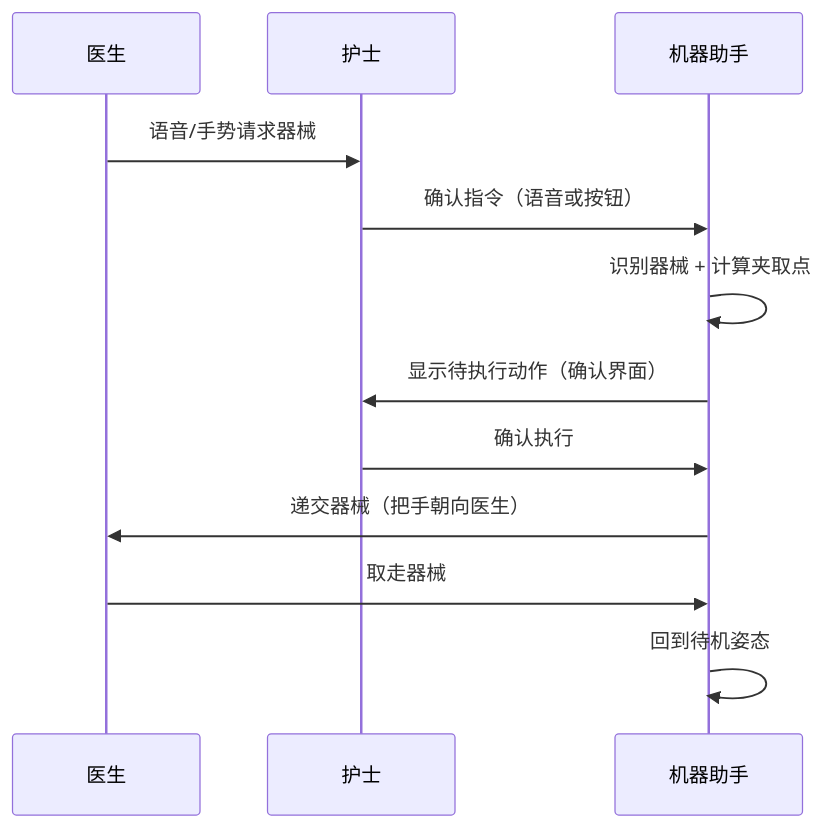
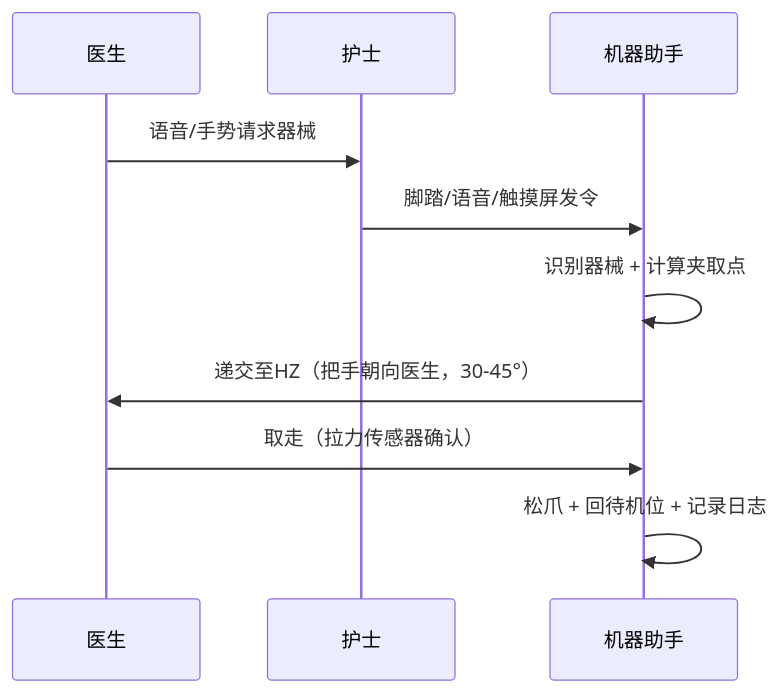
The diagram in docs/design/human_robot_collab.md (Zebedee2021/surgbot-docs-v2), drawn with Mermaid before and after one commit. The commit also changed other lines of this file and 1 other file, not shown here.

````diff
--- a/docs/design/human_robot_collab.md
+++ b/docs/design/human_robot_collab.md
@@ -11,15 +46,13 @@
 ```mermaid
 sequenceDiagram
     participant 医生
     participant 护士
     participant 机器助手
 
     医生->>护士: 语音/手势请求器械
-    护士->>机器助手: 确认指令（语音或按钮）
+    护士->>机器助手: 脚踏/语音/触摸屏发令
     机器助手->>机器助手: 识别器械 + 计算夹取点
-    机器助手->>护士: 显示待执行动作（确认界面）
-    护士->>机器助手: 确认执行
-    机器助手->>医生: 递交器械（把手朝向医生）
-    医生->>机器助手: 取走器械
-    机器助手->>机器助手: 回到待机姿态
+    机器助手->>医生: 递交至HZ（把手朝向医生，30-45°）
+    医生->>机器助手: 取走（拉力传感器确认）
+    机器助手->>机器助手: 松爪 + 回待机位 + 记录日志
 ```
````
